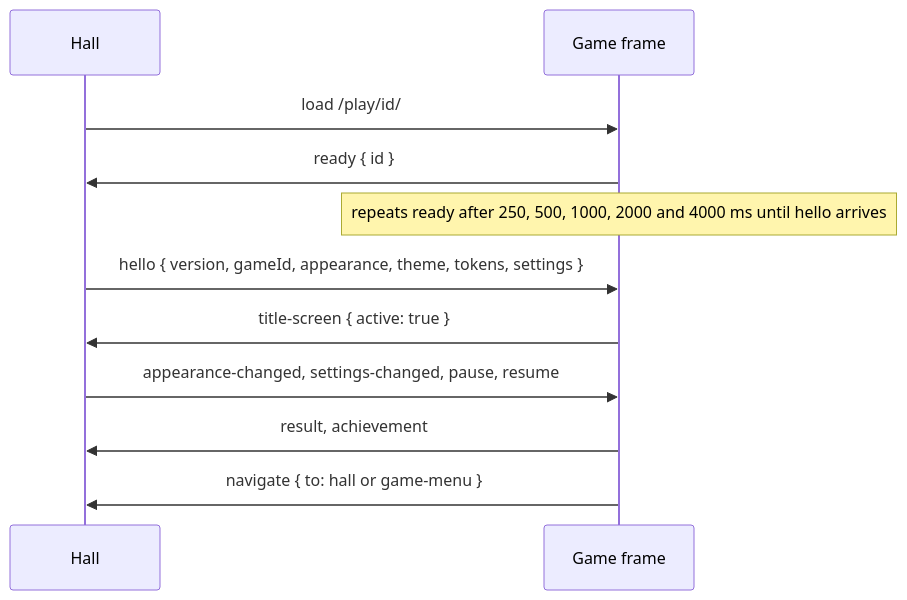
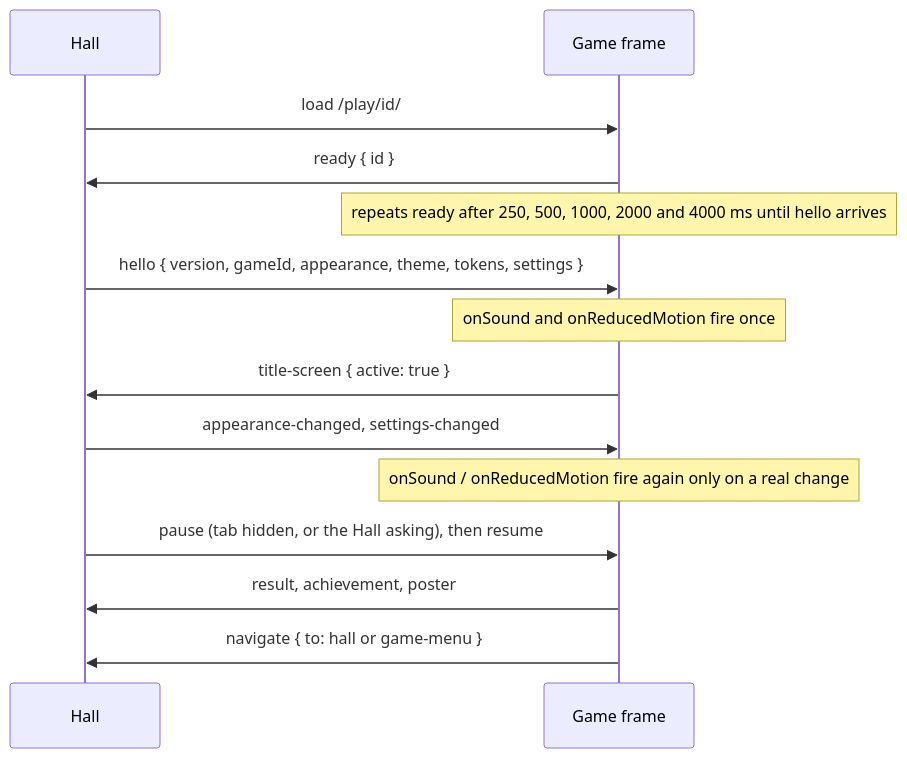
The diagram in packages/bridge/README.md (agunawijaya/usr-games-reborn), drawn with Mermaid before and after one commit. The commit also changed other lines of this file and 171 other files, not shown here.

````diff
--- a/packages/bridge/README.md
+++ b/packages/bridge/README.md
@@ -87,13 +133,16 @@
 ```mermaid
 sequenceDiagram
     participant Hall
     participant Frame as Game frame
     Hall->>Frame: load /play/id/
     Frame->>Hall: ready { id }
     Note over Frame: repeats ready after 250, 500, 1000, 2000 and 4000 ms until hello arrives
     Hall->>Frame: hello { version, gameId, appearance, theme, tokens, settings }
+    Note over Frame: onSound and onReducedMotion fire once
     Frame->>Hall: title-screen { active: true }
-    Hall->>Frame: appearance-changed, settings-changed, pause, resume
-    Frame->>Hall: result, achievement
+    Hall->>Frame: appearance-changed, settings-changed
+    Note over Frame: onSound / onReducedMotion fire again only on a real change
+    Hall->>Frame: pause (tab hidden, or the Hall asking), then resume
+    Frame->>Hall: result, achievement, poster
     Frame->>Hall: navigate { to: hall or game-menu }
 ```
````
